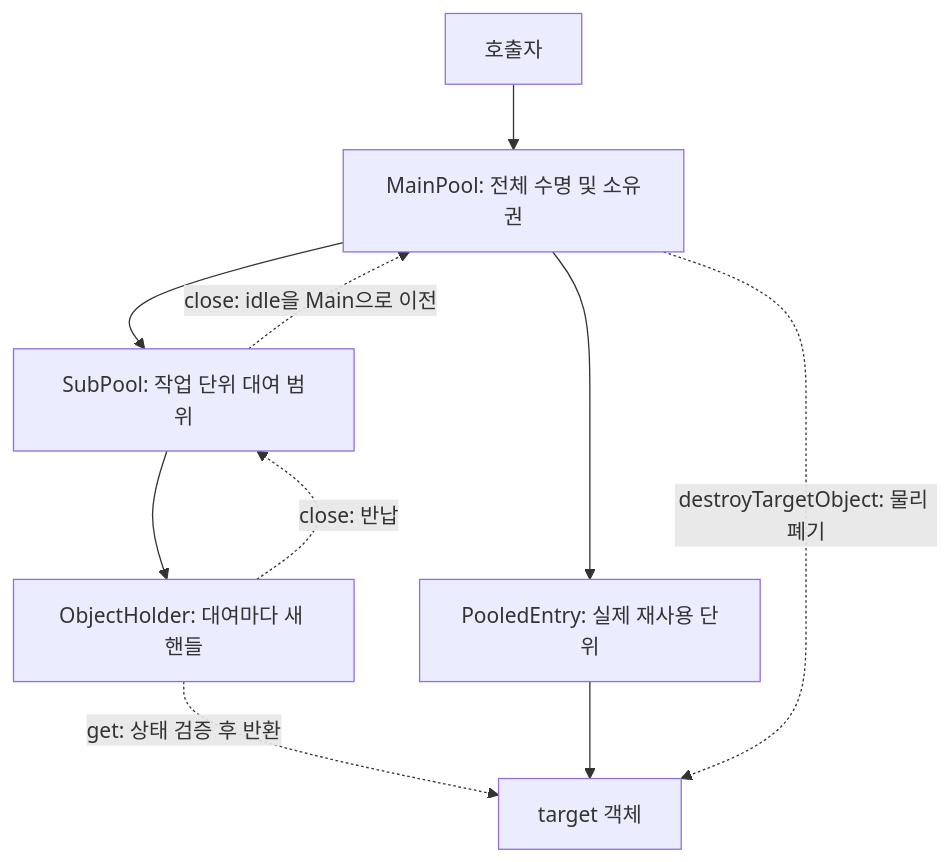
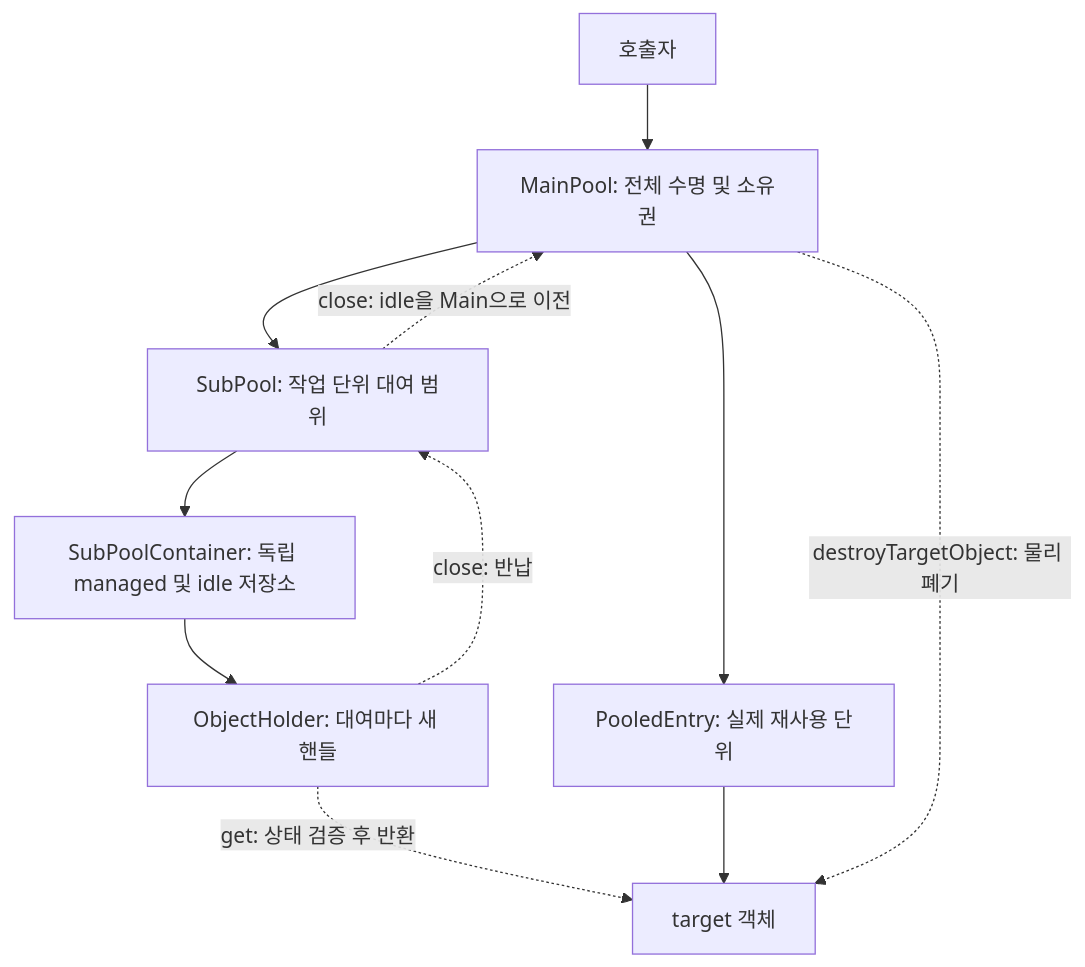
Before and after one commit to hellowpop/common-utilities: the first of 2 diagrams in object-pool/README.md, drawn with Mermaid. The commit also changed other lines of this file and 19 other files, not shown here.

Commit message:
feat: support Jackson pool config and independent sub containers with safe overflow cleanup

````diff
--- a/object-pool/README.md
+++ b/object-pool/README.md
@@ -11,12 +11,13 @@
 ```mermaid
 flowchart TD
     C[호출자] --> M[MainPool: 전체 수명 및 소유권]
     M --> S[SubPool: 작업 단위 대여 범위]
-    S --> H[ObjectHolder: 대여마다 새 핸들]
+    S --> SC[SubPoolContainer: 독립 managed 및 idle 저장소]
+    SC --> H[ObjectHolder: 대여마다 새 핸들]
     H -. get: 상태 검증 후 반환 .-> T[target 객체]
     M --> E[PooledEntry: 실제 재사용 단위]
     E --> T
     H -. close: 반납 .-> S
     S -. close: idle을 Main으로 이전 .-> M
     M -. destroyTargetObject: 물리 폐기 .-> T
 ```
````
